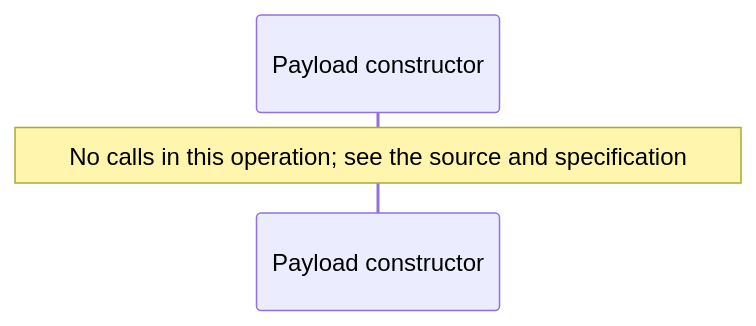
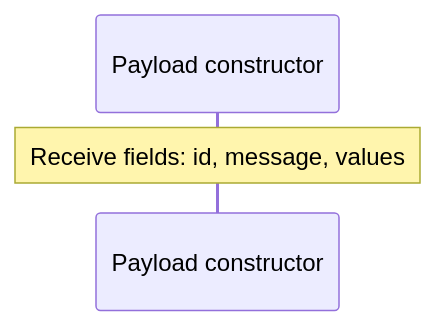
The second of 2 diagrams in benchmarks/json/data.aug.diagrams.md (GreenPandaStudios/augscript), drawn with Mermaid before and after one commit. The commit also changed 289 other files, not shown here.

Commit message:
Correct diagram control flow and complete generated wiki navigation

````diff
--- a/benchmarks/json/data.aug.diagrams.md
+++ b/benchmarks/json/data.aug.diagrams.md
@@ -29,6 +29,6 @@
 ```mermaid
 sequenceDiagram
     participant p0 as Payload constructor
 
-    Note over p0: No calls in this operation#59; see the source and specification
+    Note over p0: Receive fields: id, message, values
 ```
````
